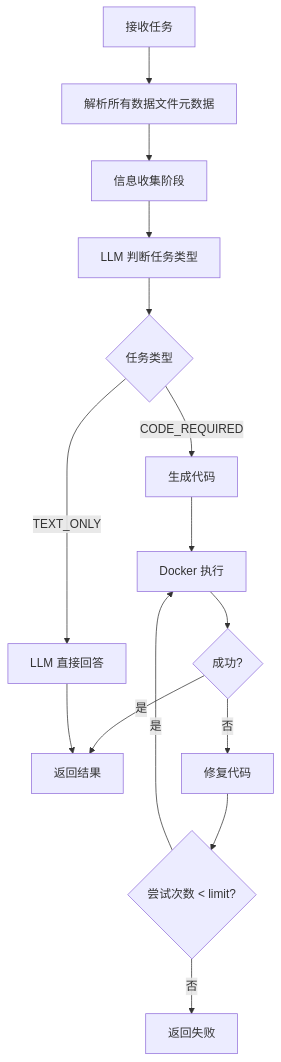
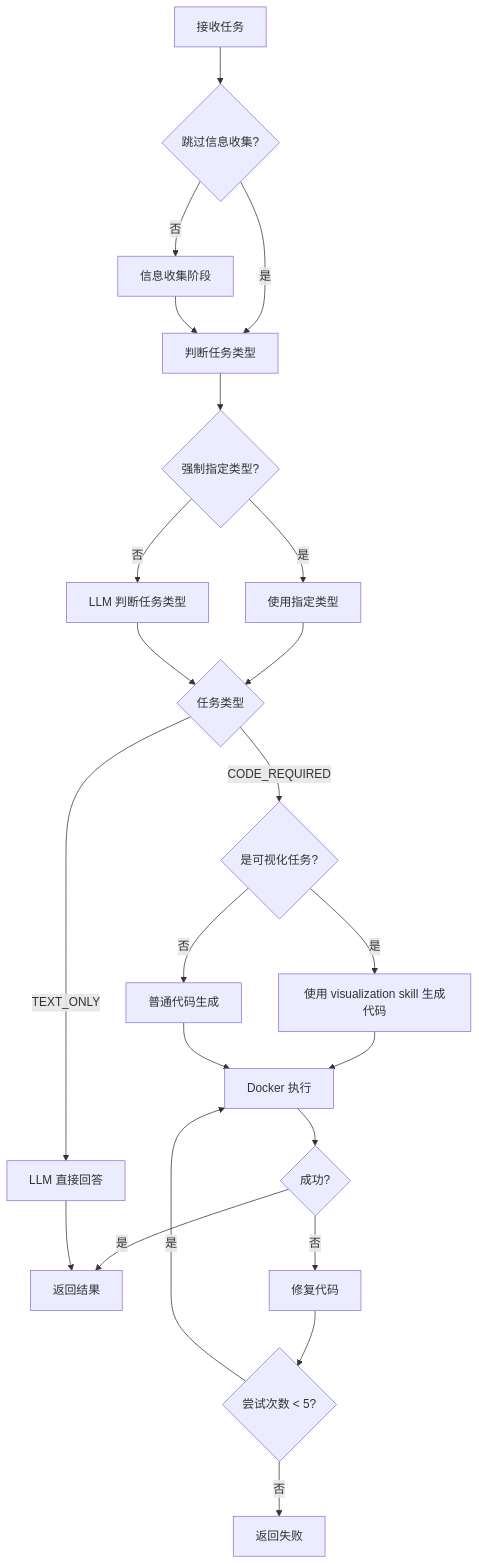
The fourth of 7 diagrams in app/services/interpreter/docs/interpreter_workflow.md (Org-GAgent/result-interpreter), drawn with Mermaid before and after one commit. The commit also changed other lines of this file and 9 other files, not shown here.

````diff
--- a/app/services/interpreter/docs/interpreter_workflow.md
+++ b/app/services/interpreter/docs/interpreter_workflow.md
@@ -151,19 +210,27 @@
 ```mermaid
 flowchart TD
-    A[接收任务] --> B[解析所有数据文件元数据]
-    B --> C[信息收集阶段]
-    C --> D[LLM 判断任务类型]
-    D --> E{任务类型}
+    A[接收任务] --> A1{跳过信息收集?}
+    A1 -->|否| B[信息收集阶段]
+    A1 -->|是| C[判断任务类型]
+    B --> C
+    C --> D{强制指定类型?}
+    D -->|是| E1[使用指定类型]
+    D -->|否| E2[LLM 判断任务类型]
+    E1 --> F{任务类型}
+    E2 --> F
     
-    E -->|CODE_REQUIRED| F[生成代码]
-    F --> G[Docker 执行]
-    G --> H{成功?}
-    H -->|是| I[返回结果]
-    H -->|否| J[修复代码]
-    J --> K{尝试次数 < limit?}
-    K -->|是| G
-    K -->|否| L[返回失败]
+    F -->|CODE_REQUIRED| G{是可视化任务?}
+    G -->|是| G1[使用 visualization skill 生成代码]
+    G -->|否| G2[普通代码生成]
+    G1 --> H[Docker 执行]
+    G2 --> H
+    H --> I{成功?}
+    I -->|是| J[返回结果]
+    I -->|否| K[修复代码]
+    K --> L{尝试次数 < 5?}
+    L -->|是| H
+    L -->|否| M[返回失败]
     
-    E -->|TEXT_ONLY| M[LLM 直接回答]
-    M --> I
+    F -->|TEXT_ONLY| N[LLM 直接回答]
+    N --> J
 ```
````
